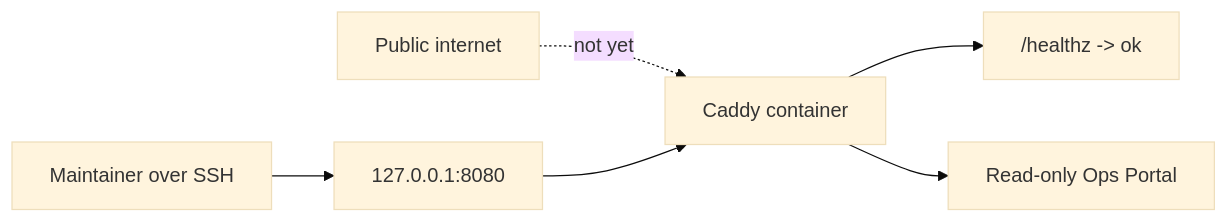
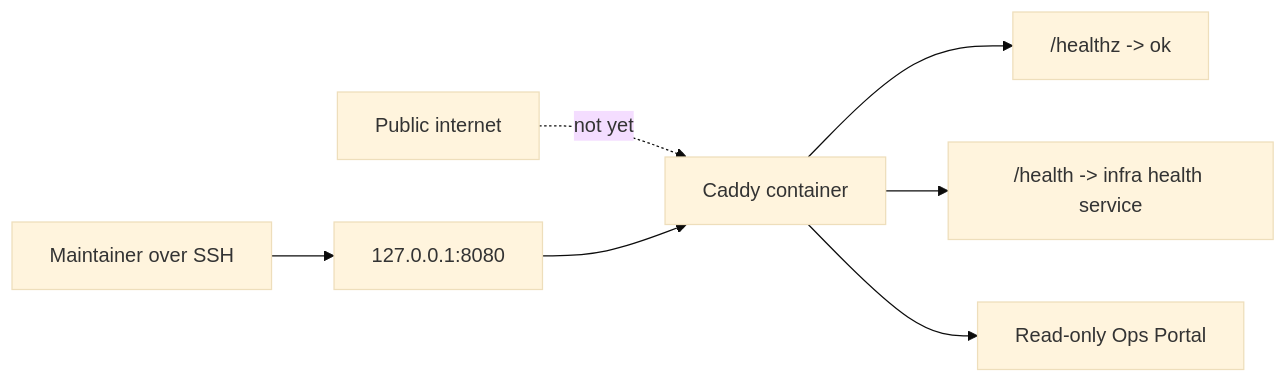
One commit to ramideltoro/nutsnews-docs changed the third of 3 diagrams in NUTSNEWS_VPS_SERVICE_FOUNDATION.md. Above: the diagram before and after it, drawn with Mermaid (base theme). The commit also changed other lines of this file, not shown here.

Commit message:
Document infra health endpoint

````diff
--- a/NUTSNEWS_VPS_SERVICE_FOUNDATION.md
+++ b/NUTSNEWS_VPS_SERVICE_FOUNDATION.md
@@ -96,8 +97,9 @@
 ```mermaid
 flowchart LR
   public["Public internet"] -. "not yet" .-> caddy["Caddy container"]
   maintainer["Maintainer over SSH"] --> loopback["127.0.0.1:8080"]
   loopback --> caddy
   caddy --> health["/healthz -> ok"]
+  caddy --> infraHealth["/health -> infra health service"]
   caddy --> portal["Read-only Ops Portal"]
 ```
````
